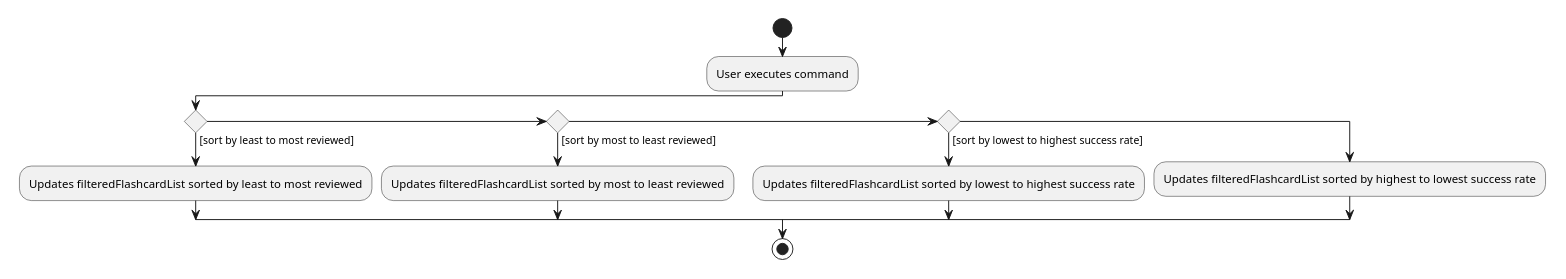
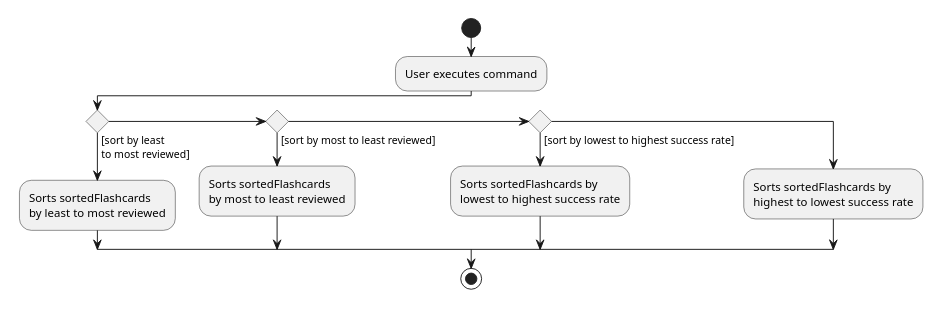
The diagram in docs/diagrams/SortActivityDiagram.puml (nus-cs2103-AY2021S1/tp), drawn with PlantUML before and after one commit. The commit also changed 3 other files, not shown here.

```diff
--- a/docs/diagrams/SortActivityDiagram.puml
+++ b/docs/diagrams/SortActivityDiagram.puml
@@ -1,19 +1,24 @@
 @startuml
 scale 0.5
 start
 :User executes command;
 
 'Since the beta syntax does not support placing the condition outside the
 'diamond we place it as the true branch instead.
 
-if () then ([sort by least to most reviewed])
-    :Updates filteredFlashcardList sorted by least to most reviewed;
+if () then ([sort by least
+to most reviewed])
+    :Sorts sortedFlashcards
+    by least to most reviewed;
 elseif () then ([sort by most to least reviewed])
-       :Updates filteredFlashcardList sorted by most to least reviewed;
+       :Sorts sortedFlashcards
+       by most to least reviewed;
 elseif () then ([sort by lowest to highest success rate])
-    :Updates filteredFlashcardList sorted by lowest to highest success rate;
+    :Sorts sortedFlashcards by
+    lowest to highest success rate;
 else
-    :Updates filteredFlashcardList sorted by highest to lowest success rate;
+    :Sorts sortedFlashcards by
+    highest to lowest success rate;
 endif
 stop
 @enduml
```
